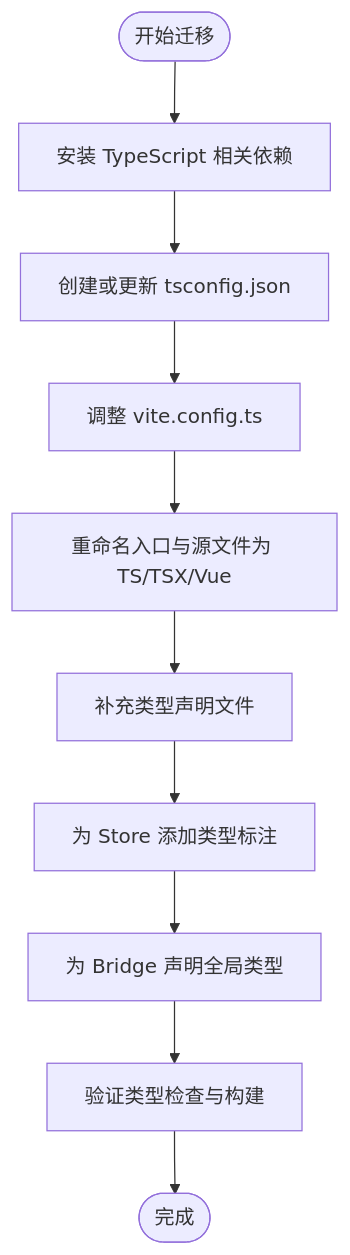
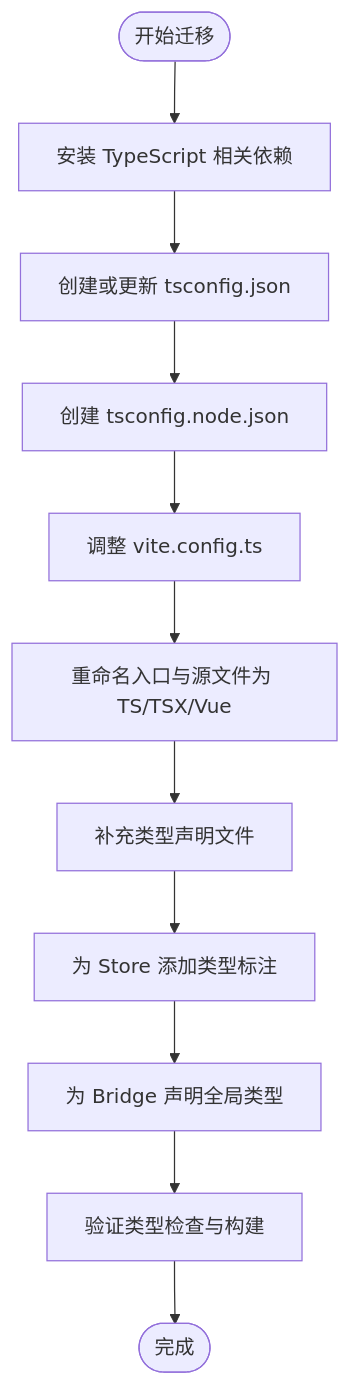
Before and after one commit to my-Sitara/artisan-base-frontend: the third of 6 diagrams in .qoder/repowiki/zh/content/高级主题/TypeScript 支持.md, drawn with Mermaid. The commit also changed other lines of this file and 35 other files, not shown here.

````diff
--- a/.qoder/repowiki/zh/content/高级主题/TypeScript 支持.md
+++ b/.qoder/repowiki/zh/content/高级主题/TypeScript 支持.md
@@ -110,12 +138,13 @@
 ```mermaid
 flowchart TD
 Start(["开始迁移"]) --> Install["安装 TypeScript 相关依赖"]
 Install --> TSC["创建或更新 tsconfig.json"]
-TSC --> ViteCfg["调整 vite.config.ts"]
+TSC --> TSNode["创建 tsconfig.node.json"]
+TSNode --> ViteCfg["调整 vite.config.ts"]
 ViteCfg --> Rename["重命名入口与源文件为 TS/TSX/Vue"]
 Rename --> Types["补充类型声明文件"]
 Types --> StoreTypes["为 Store 添加类型标注"]
 StoreTypes --> BridgeTypes["为 Bridge 声明全局类型"]
 BridgeTypes --> Verify["验证类型检查与构建"]
 Verify --> End(["完成"])
 ```
````
